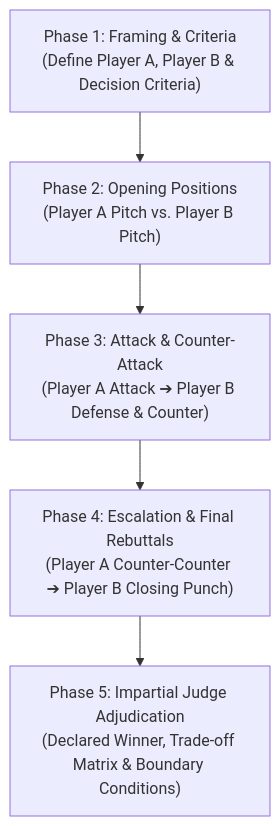
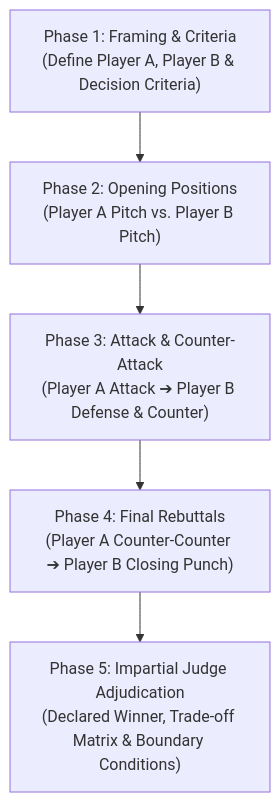
Before and after one commit to Roriz/engineering_of_thinking_skills: the diagram in skills/adversarial-debate/SKILL.md, drawn with Mermaid. The commit also changed other lines of this file and 4 other files, not shown here.

````diff
--- a/skills/adversarial-debate/SKILL.md
+++ b/skills/adversarial-debate/SKILL.md
@@ -16,7 +16,7 @@
 ```mermaid
 flowchart TD
     P1["Phase 1: Framing & Criteria<br/>(Define Player A, Player B & Decision Criteria)"] --> P2["Phase 2: Opening Positions<br/>(Player A Pitch vs. Player B Pitch)"]
     P2 --> P3["Phase 3: Attack & Counter-Attack<br/>(Player A Attack ➔ Player B Defense & Counter)"]
-    P3 --> P4["Phase 4: Escalation & Final Rebuttals<br/>(Player A Counter-Counter ➔ Player B Closing Punch)"]
+    P3 --> P4["Phase 4: Final Rebuttals<br/>(Player A Counter-Counter ➔ Player B Closing Punch)"]
     P4 --> P5["Phase 5: Impartial Judge Adjudication<br/>(Declared Winner, Trade-off Matrix & Boundary Conditions)"]
 ```
````
